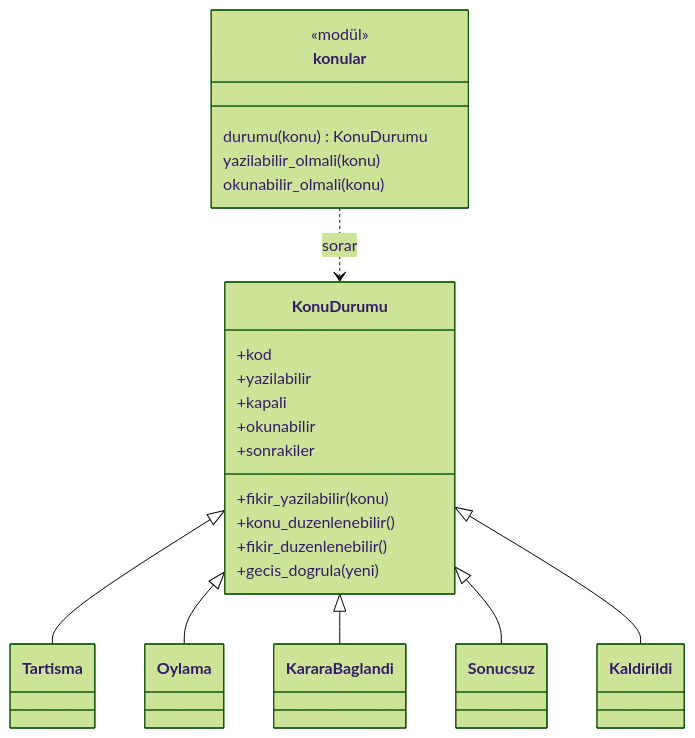
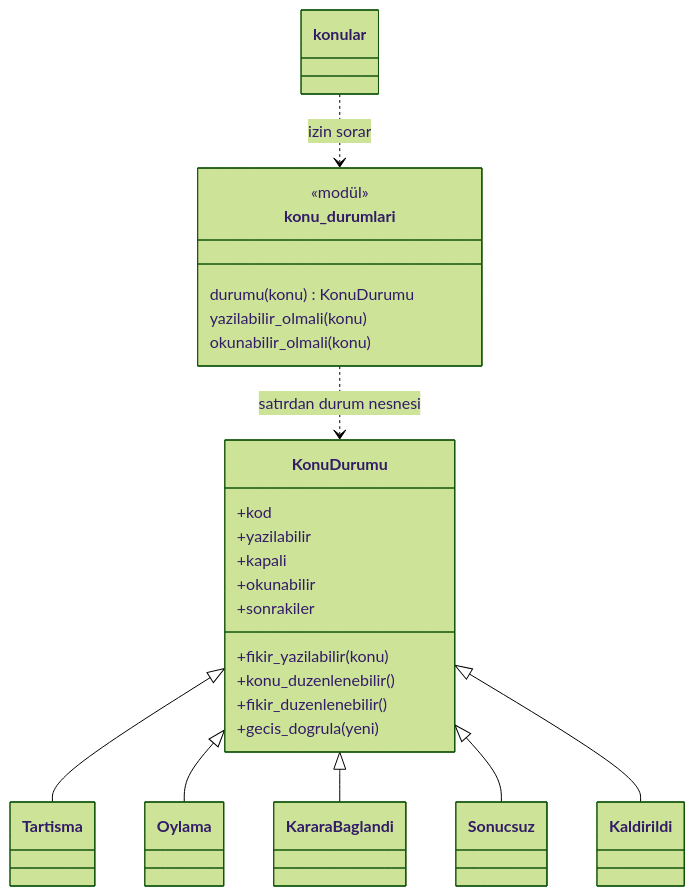
One commit to Baki-B/YZM327-Odevler changed the seventh of 12 diagrams in docs/tasarim.md. Above: the diagram before and after it, drawn with Mermaid (forest theme). The commit also changed other lines of this file and 8 other files, not shown here.

````diff
--- a/docs/tasarim.md
+++ b/docs/tasarim.md
@@ -266,26 +268,27 @@
 ```mermaid
 classDiagram
   class KonuDurumu {
     +kod
     +yazilabilir
     +kapali
     +okunabilir
     +sonrakiler
     +fikir_yazilabilir(konu)
     +konu_duzenlenebilir()
     +fikir_duzenlenebilir()
     +gecis_dogrula(yeni)
   }
   KonuDurumu <|-- Tartisma
   KonuDurumu <|-- Oylama
   KonuDurumu <|-- KararaBaglandi
   KonuDurumu <|-- Sonucsuz
   KonuDurumu <|-- Kaldirildi
-  class konular {
+  class konu_durumlari {
     <<modül>>
     durumu(konu) KonuDurumu
     yazilabilir_olmali(konu)
     okunabilir_olmali(konu)
   }
-  konular ..> KonuDurumu : sorar
+  konu_durumlari ..> KonuDurumu : satırdan durum nesnesi
+  konular ..> konu_durumlari : izin sorar
 ```
````
